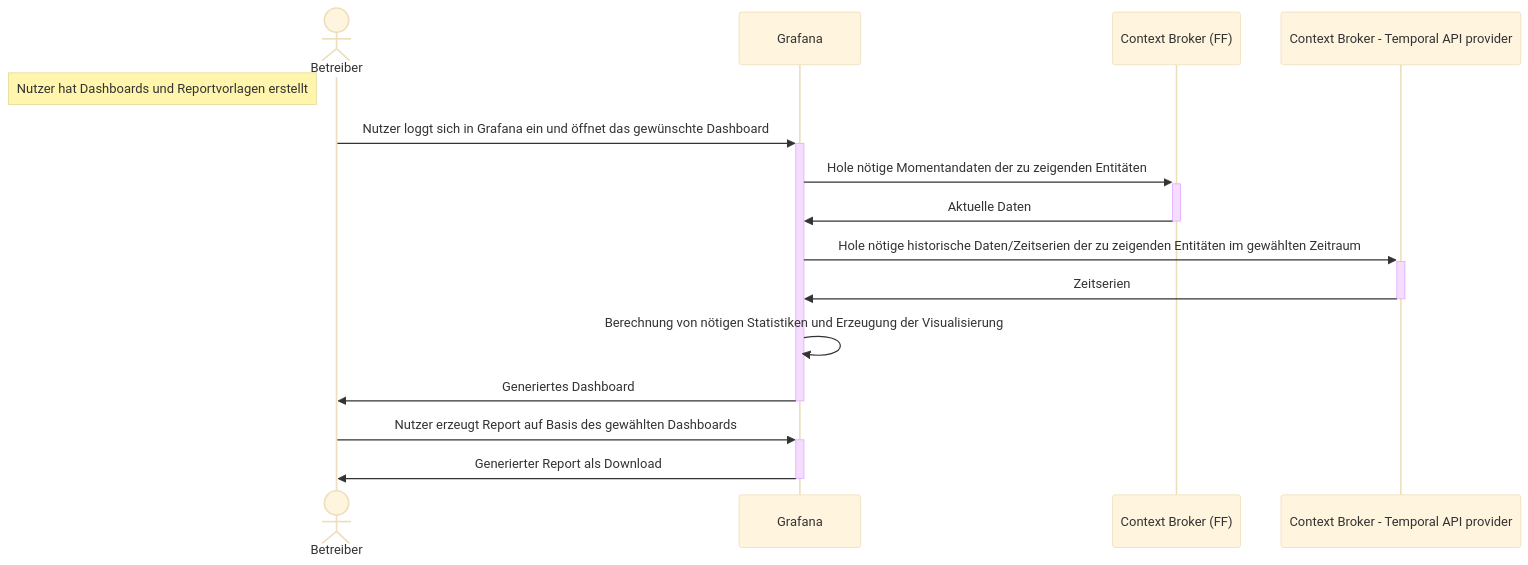
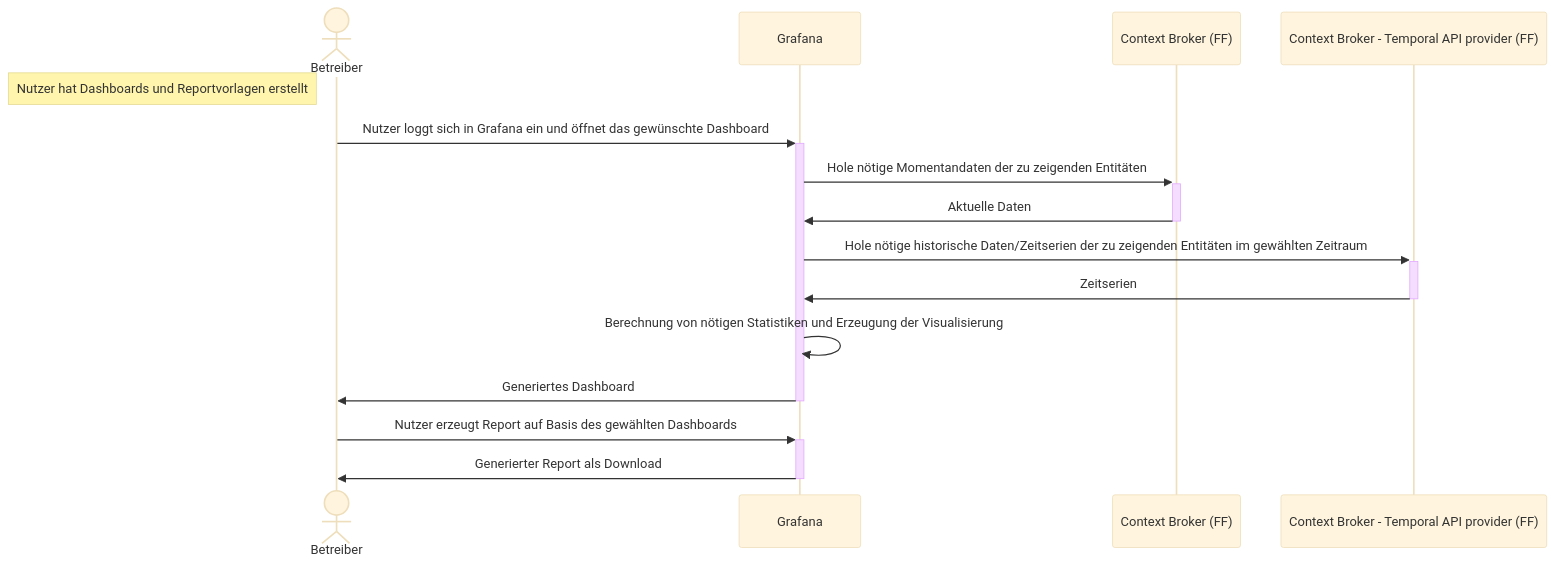
One commit to NeMo-bil/documentation changed the fifth of 5 diagrams in README.md. Above: the diagram before and after it, drawn with Mermaid (base theme).

Commit message:
Konsistenz

````diff
--- a/README.md
+++ b/README.md
@@ -216,26 +216,26 @@
 ```mermaid
 sequenceDiagram
 %% auskommentieren wenn wir Details zur Kommunikation aufschreiben
 %% autonumber
 %% Benutzer definieren
 %% technische Teilnehmer/Componenten definieren
 
 actor User as Betreiber
 
 participant DASH as Grafana
 participant CB as Context Broker (FF)
-participant CBT as Context Broker - Temporal API provider
+participant CBT as Context Broker - Temporal API provider (FF)
 
 Note left of User: Nutzer hat Dashboards und Reportvorlagen erstellt 
 
 User->>+DASH: Nutzer loggt sich in Grafana ein und öffnet das gewünschte Dashboard
 DASH->>+CB: Hole nötige Momentandaten der zu zeigenden Entitäten
 CB->>-DASH: Aktuelle Daten
 DASH->>+CBT: Hole nötige historische Daten/Zeitserien der zu zeigenden Entitäten im gewählten Zeitraum
 CBT->>-DASH: Zeitserien
 DASH->>DASH: Berechnung von nötigen Statistiken und Erzeugung der Visualisierung
 DASH->>-User: Generiertes Dashboard
 
 User->>+DASH: Nutzer erzeugt Report auf Basis des gewählten Dashboards
 DASH->>-User: Generierter Report als Download
 ```
````
